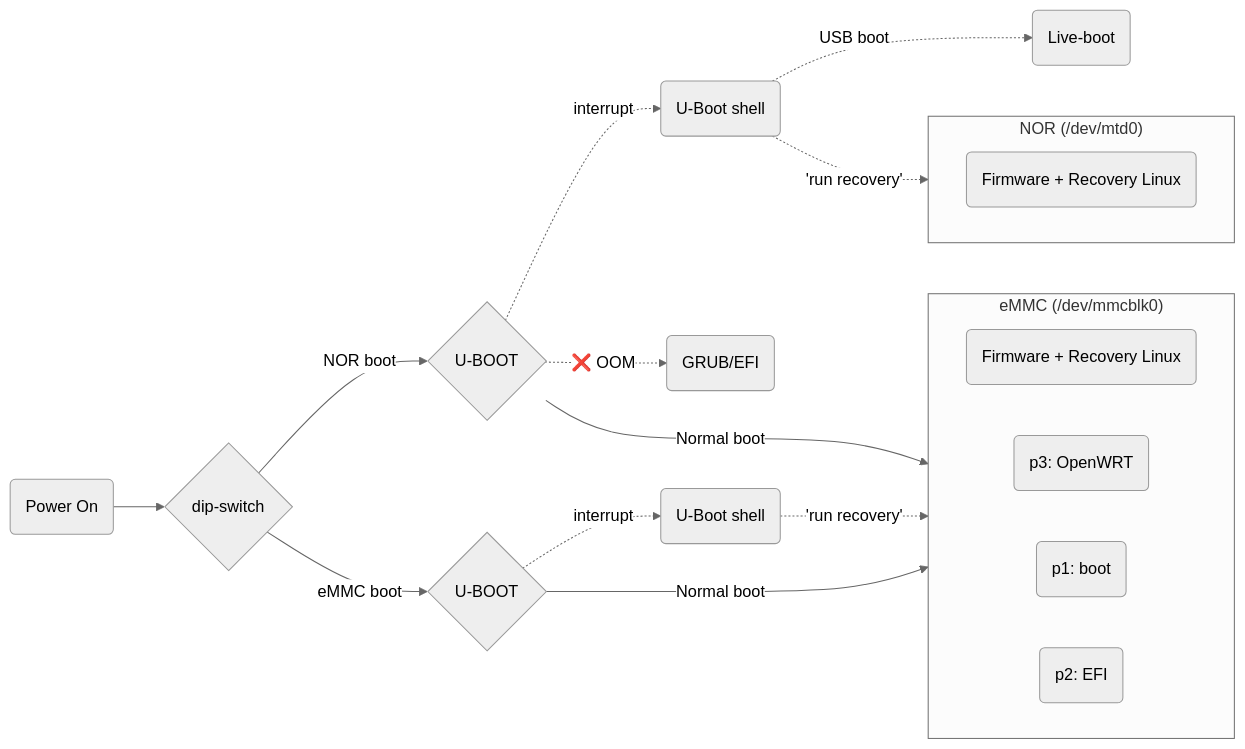
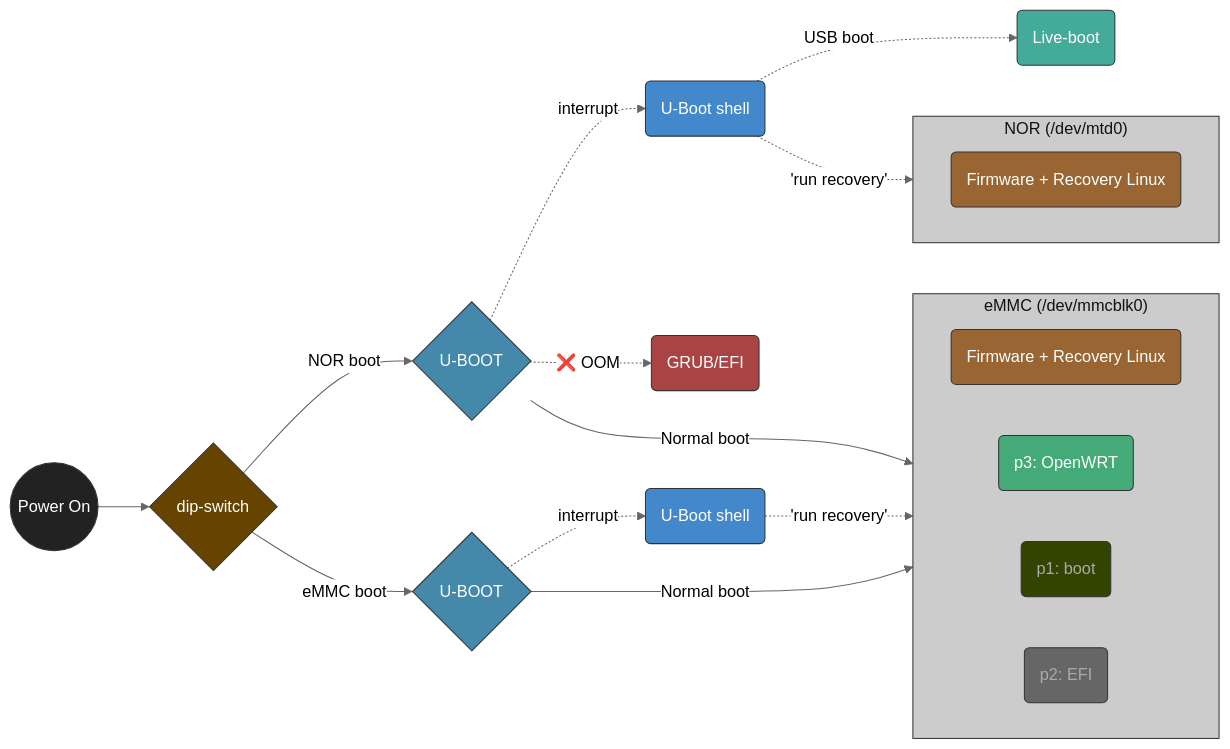
Before and after one commit to Daegara/vyos-ls1046a-build: the first of 5 diagrams in HARDWARE.md, drawn with Mermaid (neutral theme). The commit also changed other lines of this file, not shown here.

````diff
--- a/HARDWARE.md
+++ b/HARDWARE.md
@@ -41,27 +41,43 @@
 ```mermaid
 flowchart LR
-  A(Power On) --> B{dip-switch}
+  A((Power On)) --> B{dip-switch}
   B -->|NOR boot| C{U-BOOT}
   B -->|eMMC boot| D{U-BOOT}
   C -.->|interrupt| E(U-Boot shell)
   C -.->|"❌ OOM"| EFI("GRUB/EFI")
   E -.->|'run recovery'| FWNOR
   E -.->|USB boot| K("Live-boot")
   D -.->|interrupt| F(U-Boot shell)
   F-.->|'run recovery'| FWEMMC
   C -->|Normal boot| P3(eMMC p3)
   D -->|Normal boot| P3(eMMC p3)
     
-  subgraph eMMC ["eMMC (/dev/mmcblk0)"]
+  subgraph EMMC ["eMMC (/dev/mmcblk0)"]
     direction LR
     FWEMMC("Firmware + Recovery Linux")
     P1("p1: boot")
     P2("p2: EFI")
     P3("p3: OpenWRT")
   end
   
   subgraph NOR ["NOR (/dev/mtd0)"]
     direction LR
     FWNOR("Firmware + Recovery Linux")
-    end
+  end
+    
+  style A fill:#222,stroke:#333,color:#fff
+  style B fill:#640,stroke:#333,color:#fff
+  style EFI fill:#a44,stroke:#333,color:#fff
+  style C fill:#48a,stroke:#333,color:#fff
+  style D fill:#48a,stroke:#333,color:#fff
+  style E fill:#48c,stroke:#333,color:#fff
+  style F fill:#48c,stroke:#333,color:#fff
+  style P1 fill:#340,stroke:#333,color:#aaa
+  style P2 fill:#666,stroke:#333,color:#aaa
+  style P3 fill:#4a7,stroke:#333,color:#fff
+  style K fill:#4a9,stroke:#333,color:#fff
+  style FWNOR fill:#963,stroke:#333,color:#fff
+  style FWEMMC fill:#963,stroke:#333,color:#fff
+  style EMMC fill:#ccc,stroke:#333,color:#111
+  style NOR fill:#ccc,stroke:#333,color:#111
 ```
````
